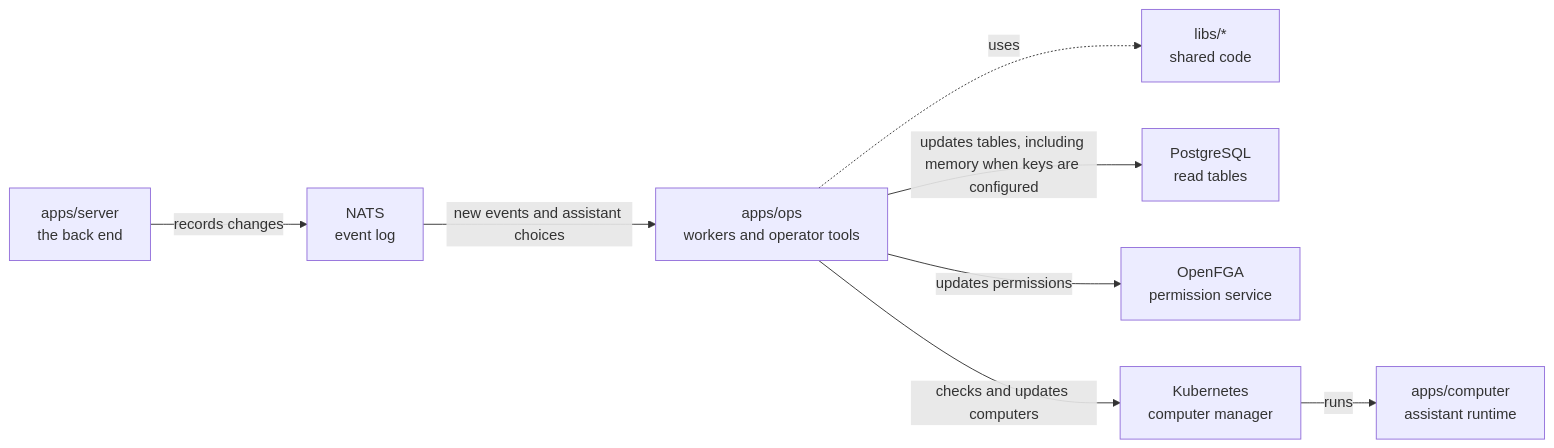
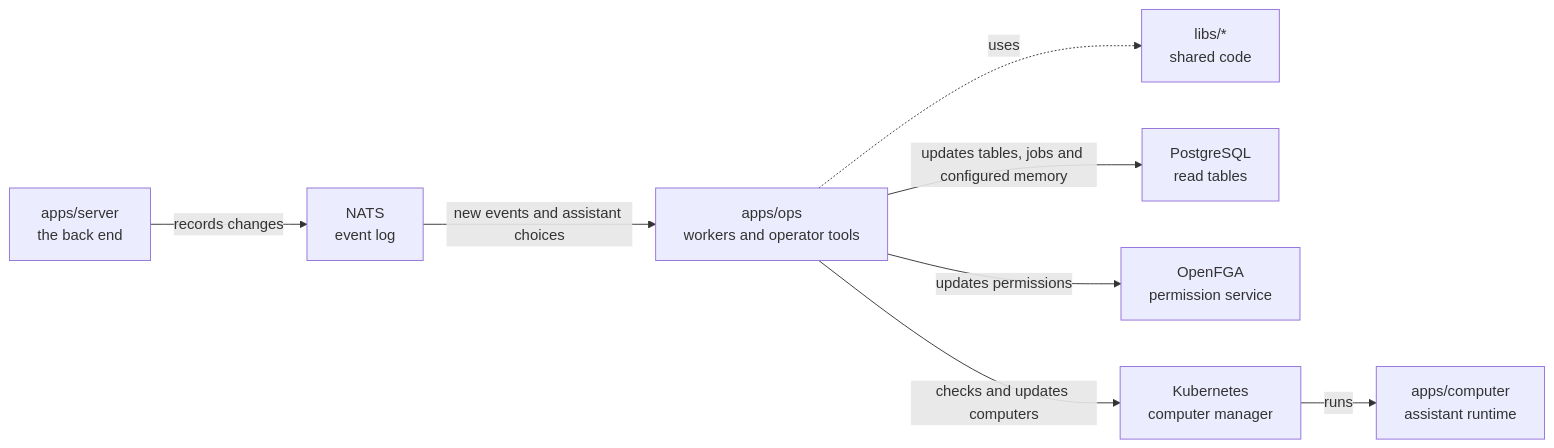
The diagram in apps/ops/README.md (elewa-git/opencrane-new), drawn with Mermaid before and after one commit. The commit also changed other lines of this file and 26 other files, not shown here.

````diff
--- a/apps/ops/README.md
+++ b/apps/ops/README.md
@@ -11,10 +11,10 @@
 ```mermaid
 flowchart LR
   server["apps/server<br/>the back end"] -->|records changes| nats["NATS<br/>event log"]
   nats -->|new events and assistant choices| ops["apps/ops<br/>workers and operator tools"]
   ops -.->|uses| libs["libs/*<br/>shared code"]
-  ops -->|updates tables, including memory when keys are configured| postgres["PostgreSQL<br/>read tables"]
+  ops -->|updates tables, jobs and configured memory| postgres["PostgreSQL<br/>read tables"]
   ops -->|updates permissions| fga["OpenFGA<br/>permission service"]
   ops -->|checks and updates computers| kube["Kubernetes<br/>computer manager"]
   kube -->|runs| computer["apps/computer<br/>assistant runtime"]
 ```
````
